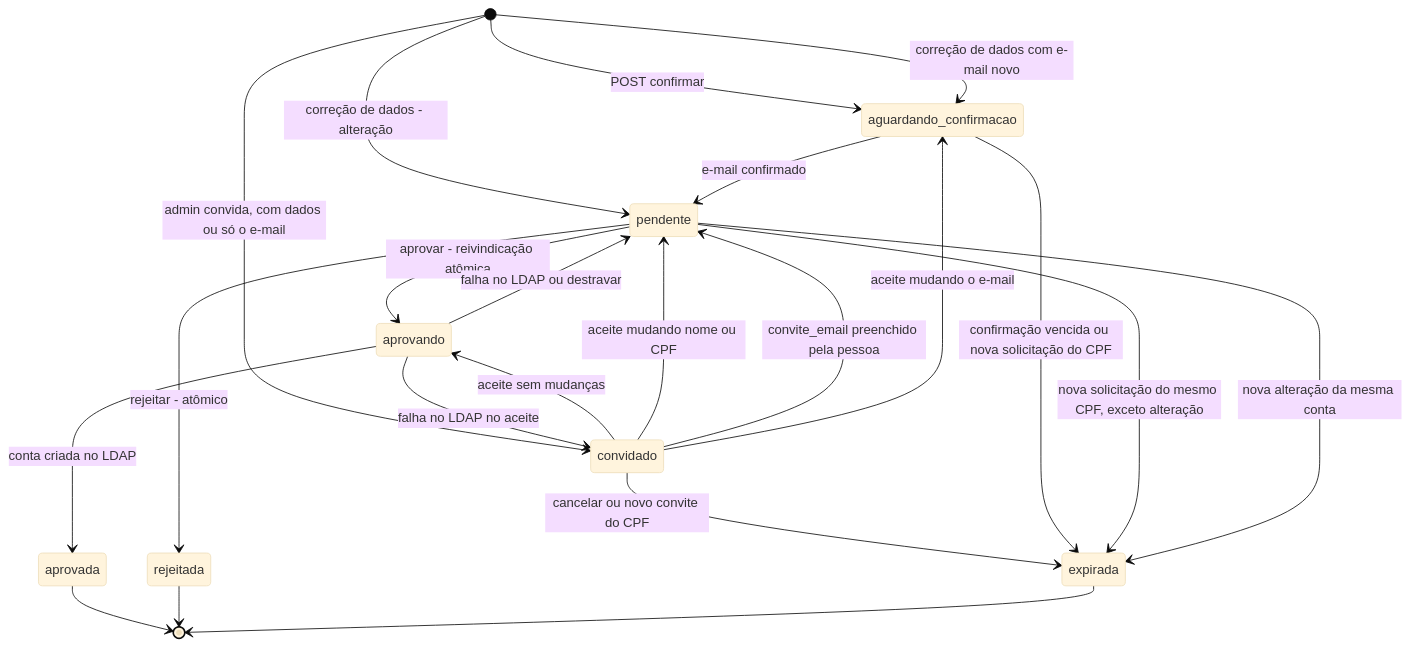
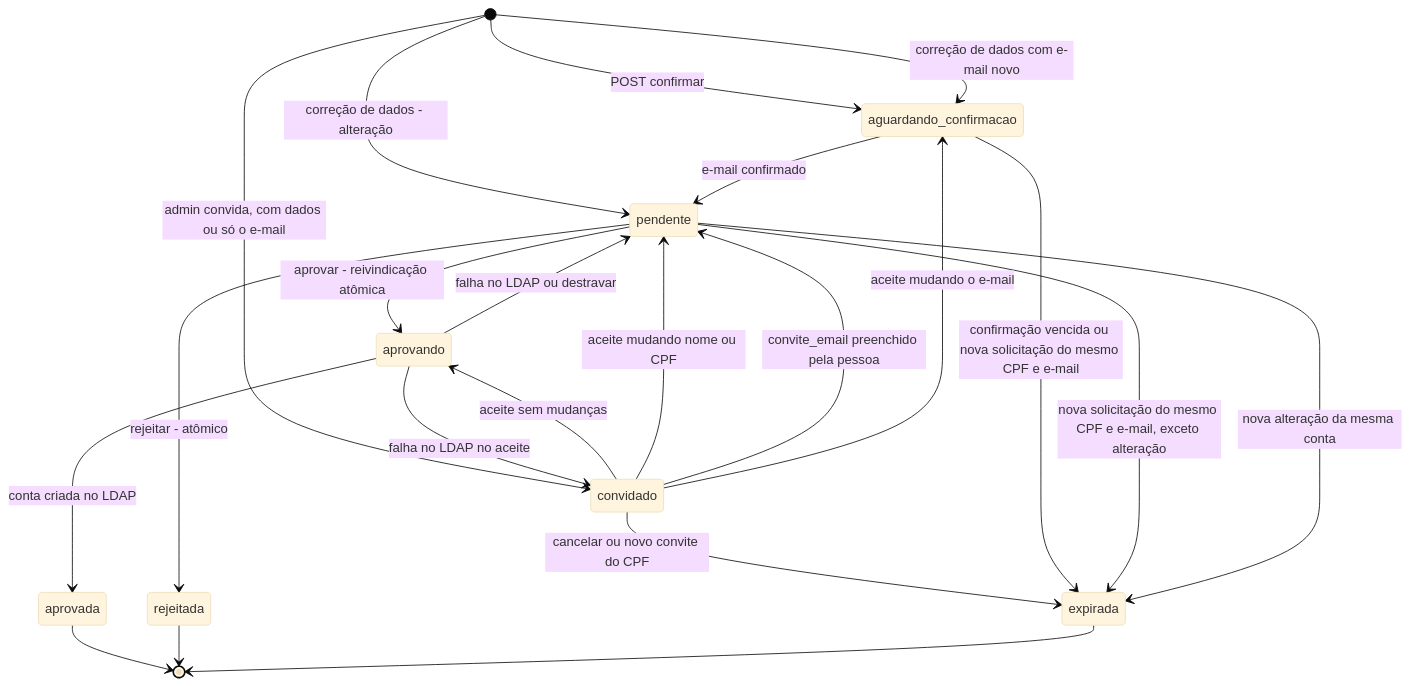
One commit to marcelofmatos/ldap-self-signup changed diagram 13 of 13 in docs/ARQUITETURA.md. Above: the diagram before and after it, drawn with Mermaid (base theme). The commit also changed other lines of this file and 1 other file, not shown here.

Commit message:
docs: ficha da conta e encerramento por CPF (v0.9)

````diff
--- a/docs/ARQUITETURA.md
+++ b/docs/ARQUITETURA.md
@@ -478,24 +490,24 @@
 ```mermaid
 stateDiagram-v2
   [*] --> aguardando_confirmacao: POST confirmar
   [*] --> convidado: admin convida, com dados ou só o e-mail
   [*] --> pendente: correção de dados - alteração
   [*] --> aguardando_confirmacao: correção de dados com e-mail novo
   convidado --> aprovando: aceite sem mudanças
   convidado --> pendente: aceite mudando nome ou CPF
   convidado --> pendente: convite_email preenchido pela pessoa
   convidado --> aguardando_confirmacao: aceite mudando o e-mail
   convidado --> expirada: cancelar ou novo convite do CPF
   aprovando --> convidado: falha no LDAP no aceite
   aguardando_confirmacao --> pendente: e-mail confirmado
-  aguardando_confirmacao --> expirada: confirmação vencida ou nova solicitação do CPF
-  pendente --> expirada: nova solicitação do mesmo CPF, exceto alteração
+  aguardando_confirmacao --> expirada: confirmação vencida ou nova solicitação do mesmo CPF e e-mail
+  pendente --> expirada: nova solicitação do mesmo CPF e e-mail, exceto alteração
   pendente --> expirada: nova alteração da mesma conta
   pendente --> aprovando: aprovar - reivindicação atômica
   pendente --> rejeitada: rejeitar - atômico
   aprovando --> aprovada: conta criada no LDAP
   aprovando --> pendente: falha no LDAP ou destravar
   aprovada --> [*]
   rejeitada --> [*]
   expirada --> [*]
 ```
````
